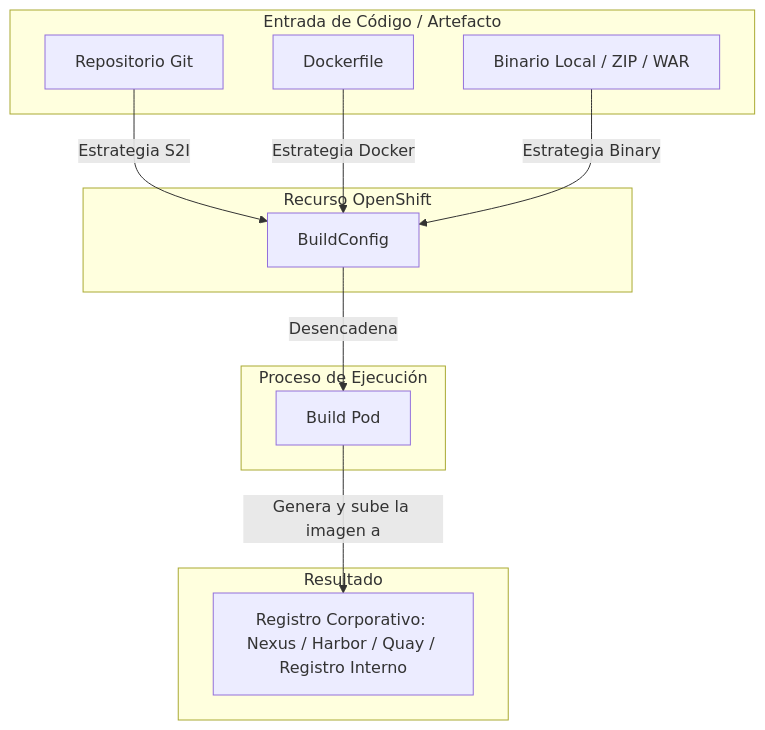
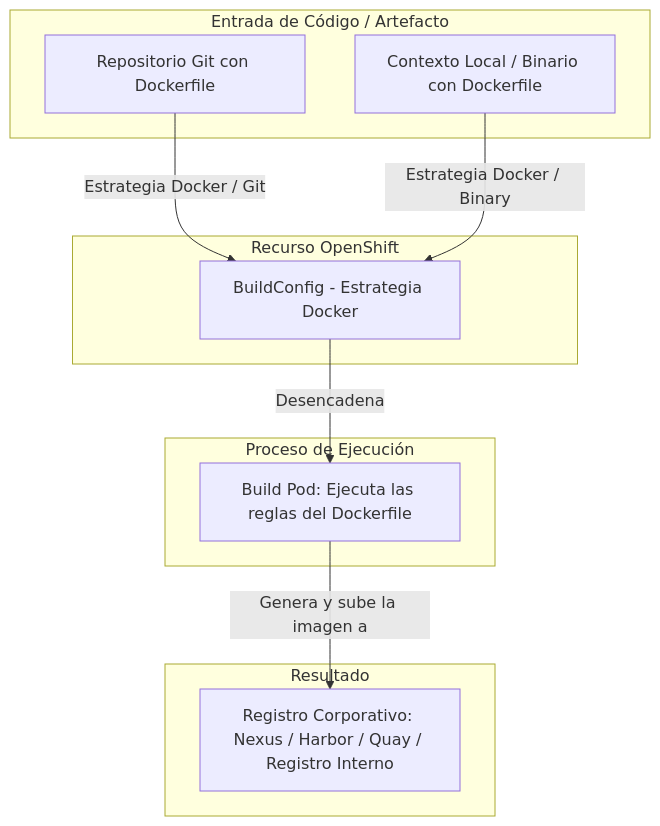
One commit to ieftraining/curso-openshift changed the second of 7 diagrams in docs/sesion4/4.5 Construir en la plataforma.md. Above: the diagram before and after it, drawn with Mermaid. The commit also changed other lines of this file, not shown here.

````diff
--- a/docs/sesion4/4.5 Construir en la plataforma.md
+++ b/docs/sesion4/4.5 Construir en la plataforma.md
@@ -52,27 +52,25 @@
 ```mermaid
 flowchart TD
     subgraph Entrada de Código / Artefacto
-        A[Repositorio Git] 
-        B[Dockerfile]
-        C[Binario Local / ZIP / WAR]
+        A[Repositorio Git con Dockerfile] 
+        B[Contexto Local / Binario con Dockerfile]
     end
 
     subgraph Recurso OpenShift
-        BC[BuildConfig]
+        BC[BuildConfig - Estrategia Docker]
     end
 
     subgraph Proceso de Ejecución
-        Build[Build Pod]
+        Build[Build Pod: Ejecuta las reglas del Dockerfile]
     end
 
     subgraph Resultado
         RegCorp[Registro Corporativo: Nexus / Harbor / Quay / Registro Interno]
     end
 
-    A -->|Estrategia S2I| BC
-    B -->|Estrategia Docker| BC
-    C -->|Estrategia Binary| BC
+    A -->|Estrategia Docker / Git| BC
+    B -->|Estrategia Docker / Binary| BC
 
     BC -->|Desencadena| Build
     Build -->|Genera y sube la imagen a| RegCorp
 ```
````
